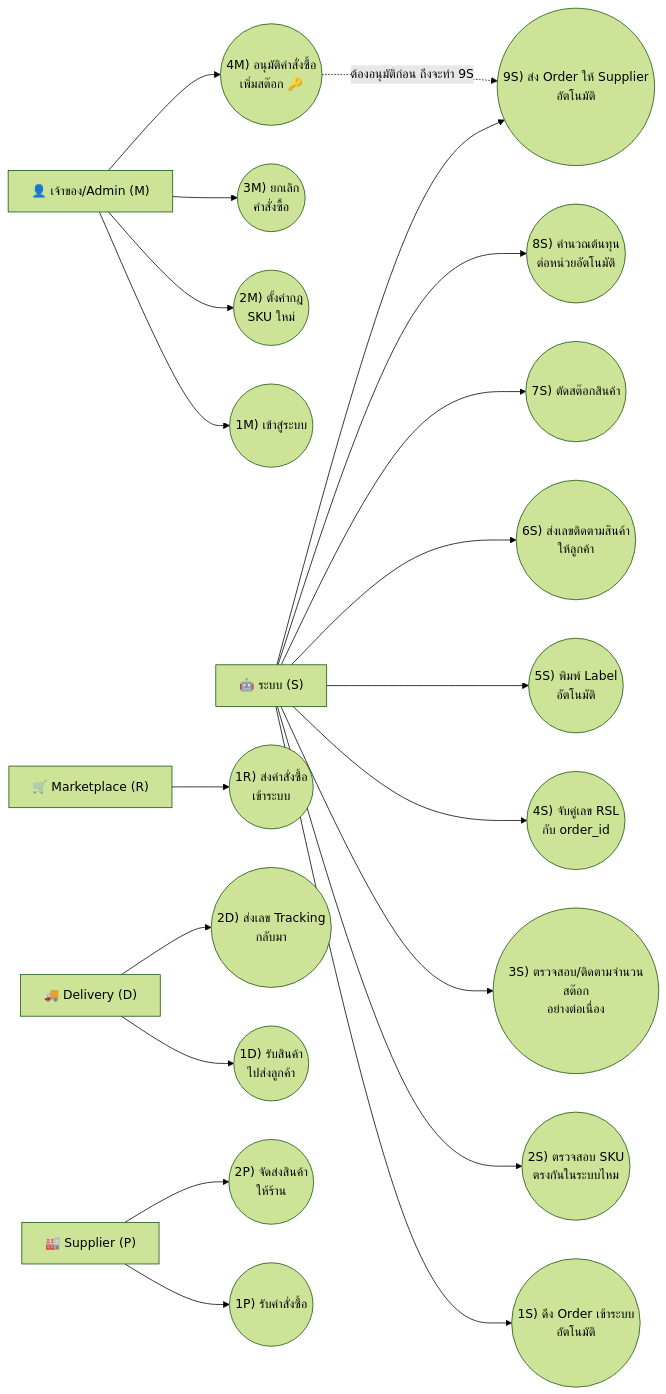
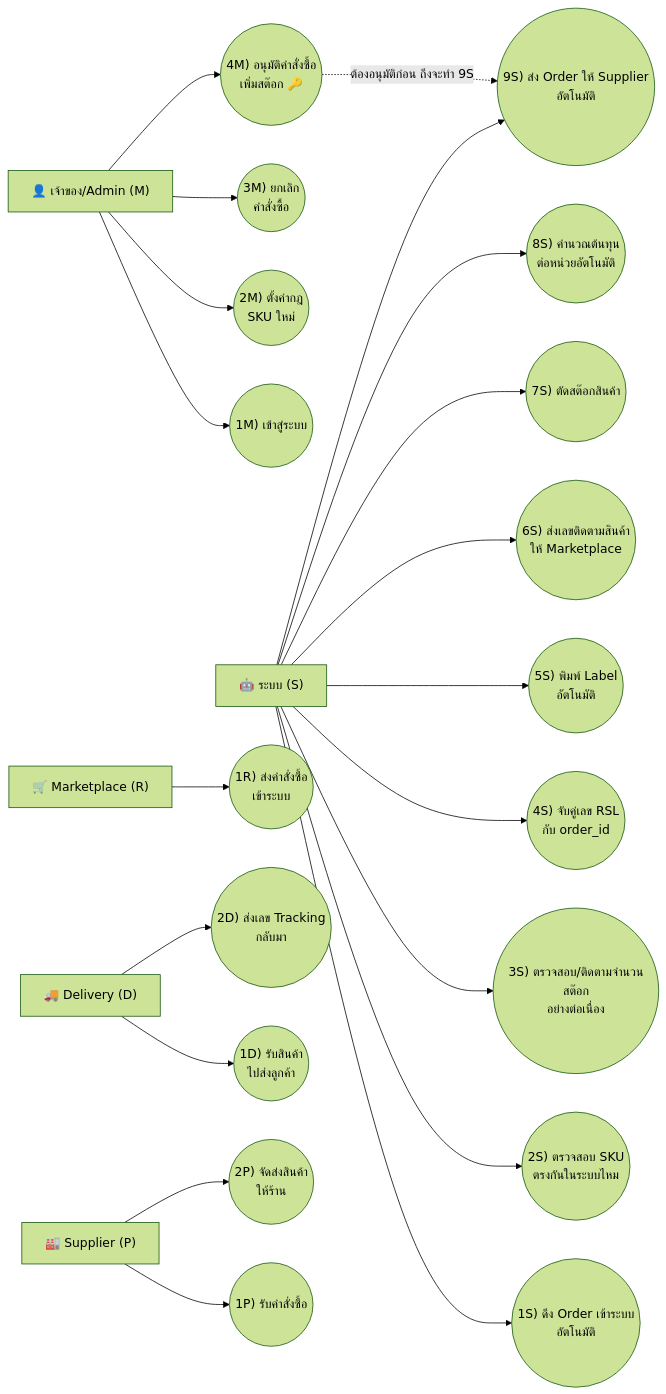
Before and after one commit to xbpkdi/321-sa-proj: the second of 4 diagrams in 02-chapter2-business-process/00-how-to-fix-simple.md, drawn with Mermaid (forest theme). The commit also changed other lines of this file, not shown here.

First line of the commit message:
fix: correct 6S recipient from customer to Marketplace

````diff
--- a/02-chapter2-business-process/00-how-to-fix-simple.md
+++ b/02-chapter2-business-process/00-how-to-fix-simple.md
@@ -83,31 +83,31 @@
 ```mermaid
 graph LR
   M["👤 เจ้าของ/Admin (M)"]
   M --> M1(("1M) เข้าสู่ระบบ"))
   M --> M2(("2M) ตั้งค่ากฎ<br/>SKU ใหม่"))
   M --> M3(("3M) ยกเลิก<br/>คำสั่งซื้อ"))
   M --> M4(("4M) อนุมัติคำสั่งซื้อ<br/>เพิ่มสต๊อก 🔑"))
 
   S["🤖 ระบบ (S)"]
   S --> S1(("1S) ดึง Order เข้าระบบ<br/>อัตโนมัติ"))
   S --> S2(("2S) ตรวจสอบ SKU<br/>ตรงกันในระบบไหม"))
   S --> S3(("3S) ตรวจสอบ/ติดตามจำนวนสต๊อก<br/>อย่างต่อเนื่อง"))
   S --> S4(("4S) จับคู่เลข RSL<br/>กับ order_id"))
   S --> S5(("5S) พิมพ์ Label<br/>อัตโนมัติ"))
-  S --> S6(("6S) ส่งเลขติดตามสินค้า<br/>ให้ลูกค้า"))
+  S --> S6(("6S) ส่งเลขติดตามสินค้า<br/>ให้ Marketplace"))
   S --> S7(("7S) ตัดสต๊อกสินค้า"))
   S --> S8(("8S) คำนวณต้นทุน<br/>ต่อหน่วยอัตโนมัติ"))
   S --> S9(("9S) ส่ง Order ให้ Supplier<br/>อัตโนมัติ"))
 
   M4 -.->|ต้องอนุมัติก่อน ถึงจะทำ 9S| S9
 
   R["🛒 Marketplace (R)"] --> R1(("1R) ส่งคำสั่งซื้อ<br/>เข้าระบบ"))
 
   D["🚚 Delivery (D)"]
   D --> D1(("1D) รับสินค้า<br/>ไปส่งลูกค้า"))
   D --> D2(("2D) ส่งเลข Tracking<br/>กลับมา"))
 
   P["🏭 Supplier (P)"]
   P --> P1(("1P) รับคำสั่งซื้อ"))
   P --> P2(("2P) จัดส่งสินค้า<br/>ให้ร้าน"))
 ```
````
